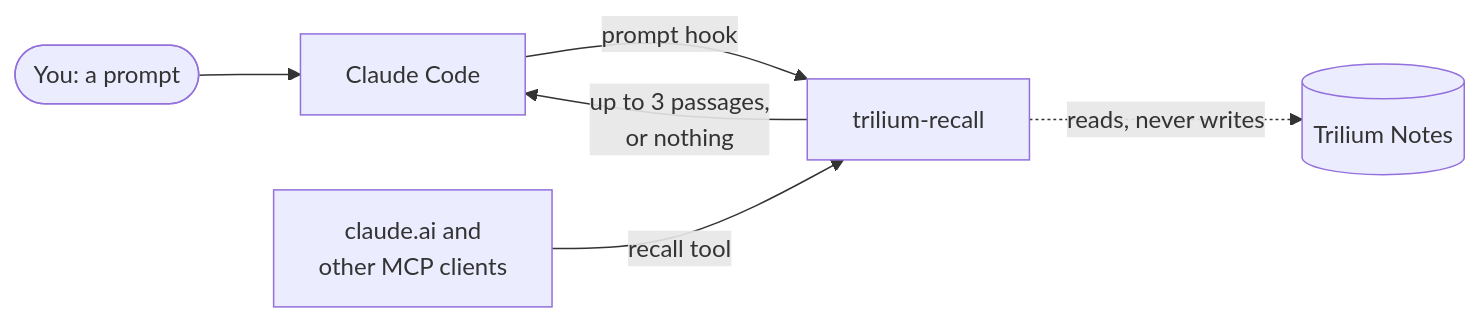
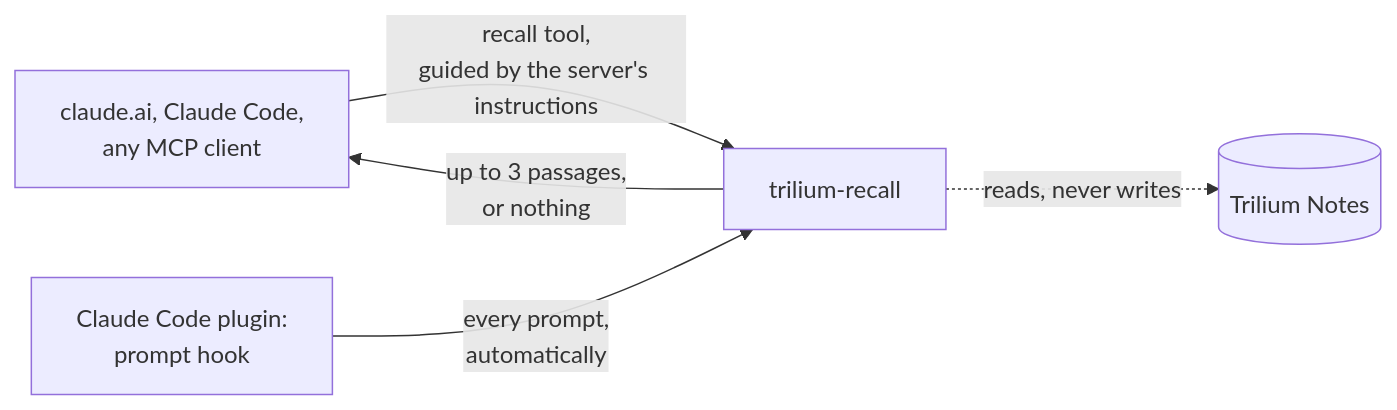
One commit to Marceltov/trilium-recall changed the diagram in docs/index.md. Above: the diagram before and after it, drawn with Mermaid. The commit also changed other lines of this file and 11 other files, not shown here.

First line of the commit message:
MCP instructions; MCP-first docs; charts for the measurements (v0.6.0)

````diff
--- a/docs/index.md
+++ b/docs/index.md
@@ -16,8 +16,7 @@
 ```mermaid
 flowchart LR
-    you(["You: a prompt"]) --> cc["Claude Code"]
-    cc -- "prompt hook" --> engine["trilium-recall"]
-    engine -- "up to 3 passages,<br/>or nothing" --> cc
+    clients["claude.ai, Claude Code,<br/>any MCP client"] -- "recall tool,<br/>guided by the server's instructions" --> engine["trilium-recall"]
+    hook["Claude Code plugin:<br/>prompt hook"] -- "every prompt,<br/>automatically" --> engine
+    engine -- "up to 3 passages,<br/>or nothing" --> clients
     engine -. "reads, never writes" .-> trilium[("Trilium Notes")]
-    other["claude.ai and<br/>other MCP clients"] -- "recall tool" --> engine
 ```
````
